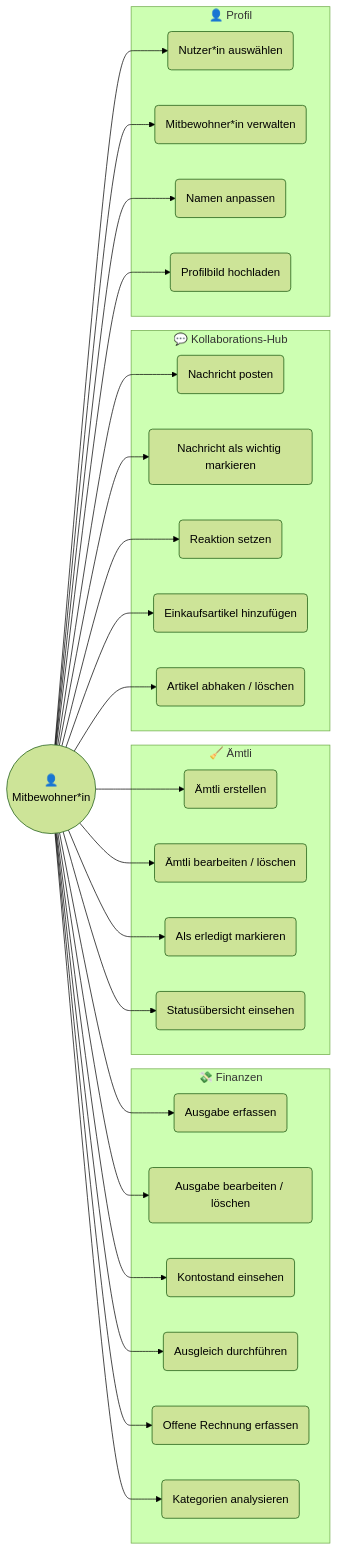
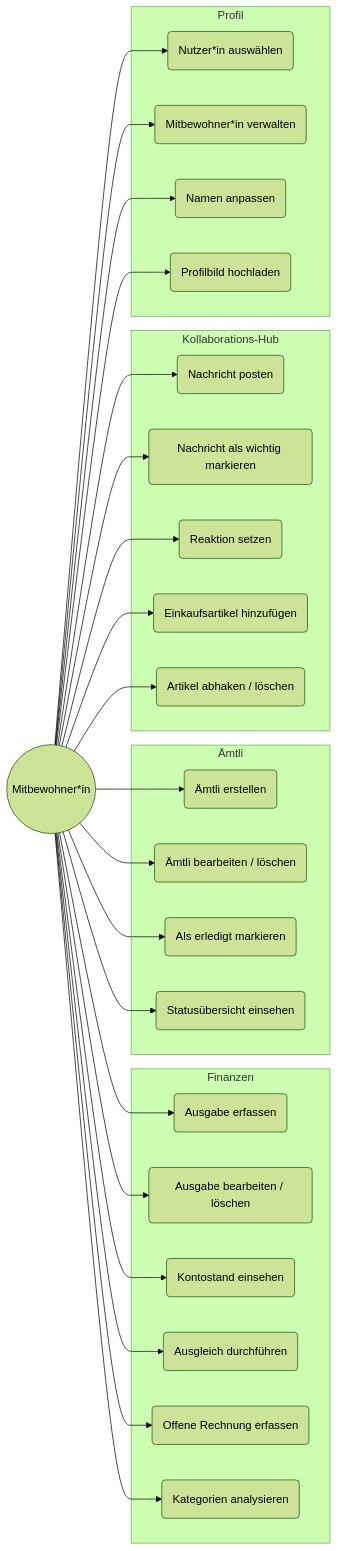
The second of 5 diagrams in README.md (kerlcarl/WG_Planner_Project), drawn with Mermaid (forest theme) before and after one commit. The commit also changed other lines of this file, not shown here.

````diff
--- a/README.md
+++ b/README.md
@@ -121,40 +121,40 @@
 ```mermaid
 flowchart LR
-    MW(("👤\nMitbewohner*in"))
+    MW(("Mitbewohner*in"))
 
-    subgraph FIN ["💸 Finanzen"]
+    subgraph FIN ["Finanzen"]
         F1("Ausgabe erfassen")
         F2("Ausgabe bearbeiten / löschen")
         F3("Kontostand einsehen")
         F4("Ausgleich durchführen")
         F5("Offene Rechnung erfassen")
         F6("Kategorien analysieren")
     end
 
-    subgraph AEM ["🧹 Ämtli"]
+    subgraph AEM ["Ämtli"]
         A1("Ämtli erstellen")
         A2("Ämtli bearbeiten / löschen")
         A3("Als erledigt markieren")
         A4("Statusübersicht einsehen")
     end
 
-    subgraph COLLAB ["💬 Kollaborations-Hub"]
+    subgraph COLLAB ["Kollaborations-Hub"]
         C1("Nachricht posten")
         C2("Nachricht als wichtig markieren")
         C3("Reaktion setzen")
         C4("Einkaufsartikel hinzufügen")
         C5("Artikel abhaken / löschen")
     end
 
-    subgraph PROFIL ["👤 Profil"]
+    subgraph PROFIL ["Profil"]
         P1("Nutzer*in auswählen")
         P2("Mitbewohner*in verwalten")
         P3("Namen anpassen")
         P4("Profilbild hochladen")
     end
 
     MW --> F1 & F2 & F3 & F4 & F5 & F6
     MW --> A1 & A2 & A3 & A4
     MW --> C1 & C2 & C3 & C4 & C5
     MW --> P1 & P2 & P3 & P4
 ```
````
